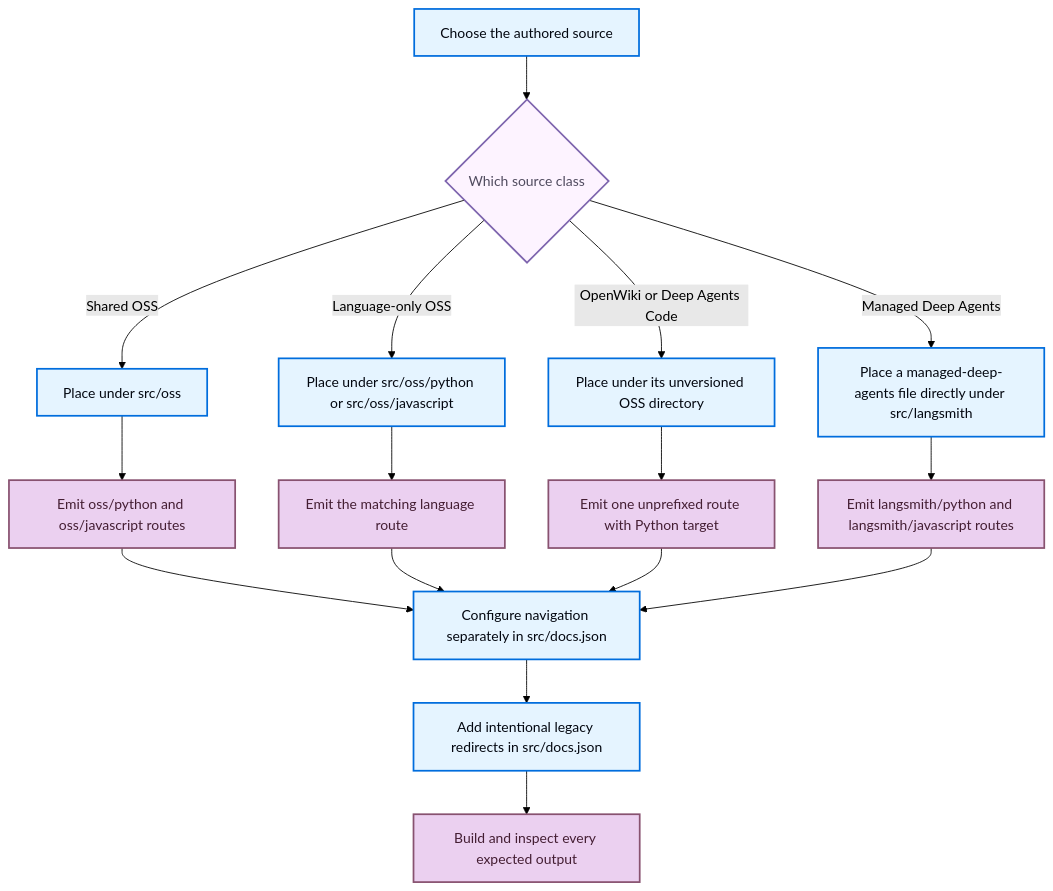
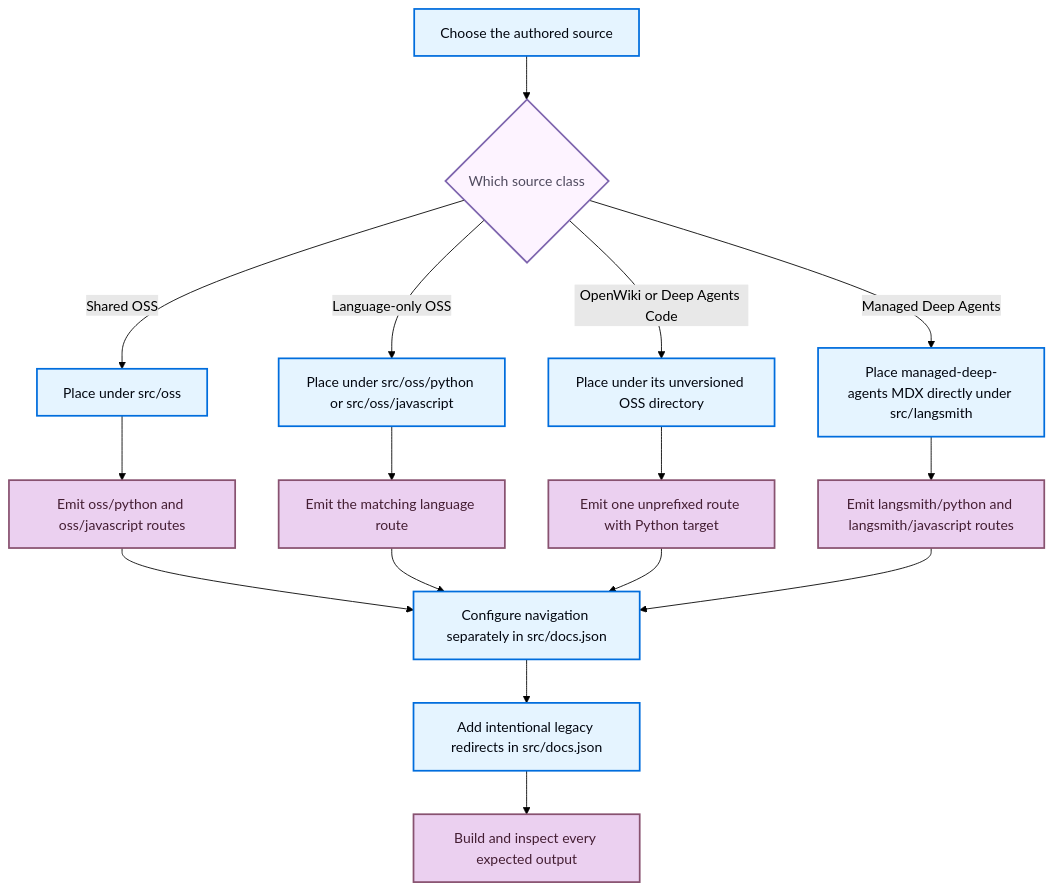
Before and after one commit to langchain-ai/docs: the diagram in openwiki/workflows/versioned-content.md, drawn with Mermaid (forest theme). The commit also changed other lines of this file and 28 other files, not shown here.

````diff
--- a/openwiki/workflows/versioned-content.md
+++ b/openwiki/workflows/versioned-content.md
@@ -29,25 +37,25 @@
 ```mermaid
 flowchart TD
     Start["Choose the authored source"] --> Ownership{"Which source class"}
     Ownership -->|Shared OSS| Shared["Place under src/oss"]
     Ownership -->|Language-only OSS| Specific["Place under src/oss/python or src/oss/javascript"]
     Ownership -->|OpenWiki or Deep Agents Code| Unversioned["Place under its unversioned OSS directory"]
-    Ownership -->|Managed Deep Agents| MDA["Place a managed-deep-agents file directly under src/langsmith"]
+    Ownership -->|Managed Deep Agents| MDA["Place managed-deep-agents MDX directly under src/langsmith"]
     Shared --> Dual["Emit oss/python and oss/javascript routes"]
     Specific --> One["Emit the matching language route"]
     Unversioned --> Default["Emit one unprefixed route with Python target"]
     MDA --> MDADual["Emit langsmith/python and langsmith/javascript routes"]
     Dual --> Nav["Configure navigation separately in src/docs.json"]
     One --> Nav
     Default --> Nav
     MDADual --> Nav
     Nav --> Redirects["Add intentional legacy redirects in src/docs.json"]
     Redirects --> Inspect["Build and inspect every expected output"]
 
     classDef process fill:#E5F4FF,stroke:#006DDD,stroke-width:2px,color:#030710
     classDef decision fill:#FDF3FF,stroke:#7E65AE,stroke-width:2px,color:#504B5F
     classDef output fill:#EBD0F0,stroke:#885270,stroke-width:2px,color:#441E33
     class Start,Shared,Specific,Unversioned,MDA,Nav,Redirects process
     class Ownership decision
     class Dual,One,Default,MDADual,Inspect output
 ```
````
